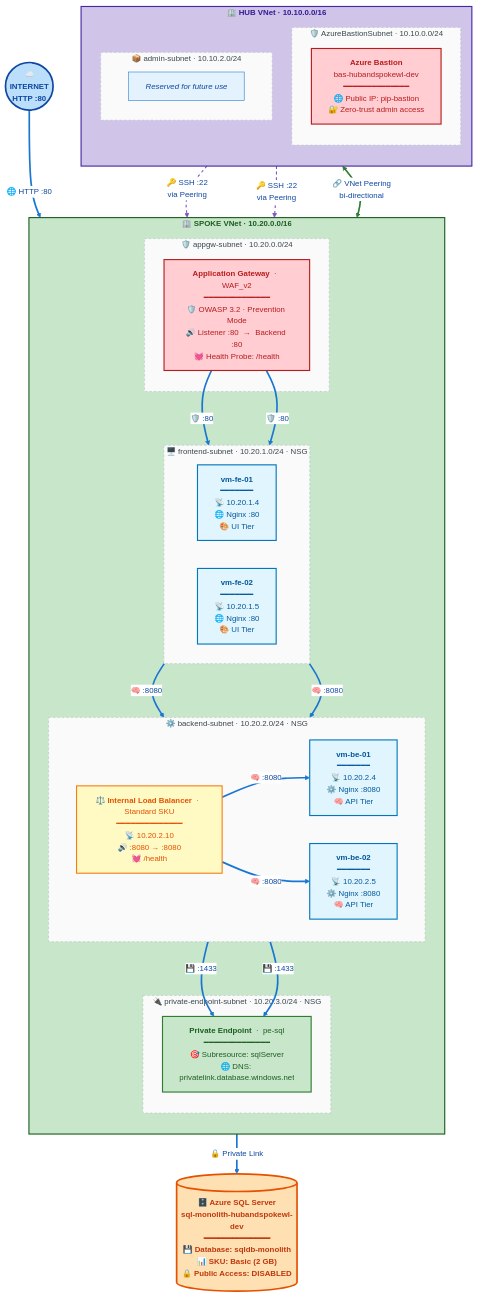
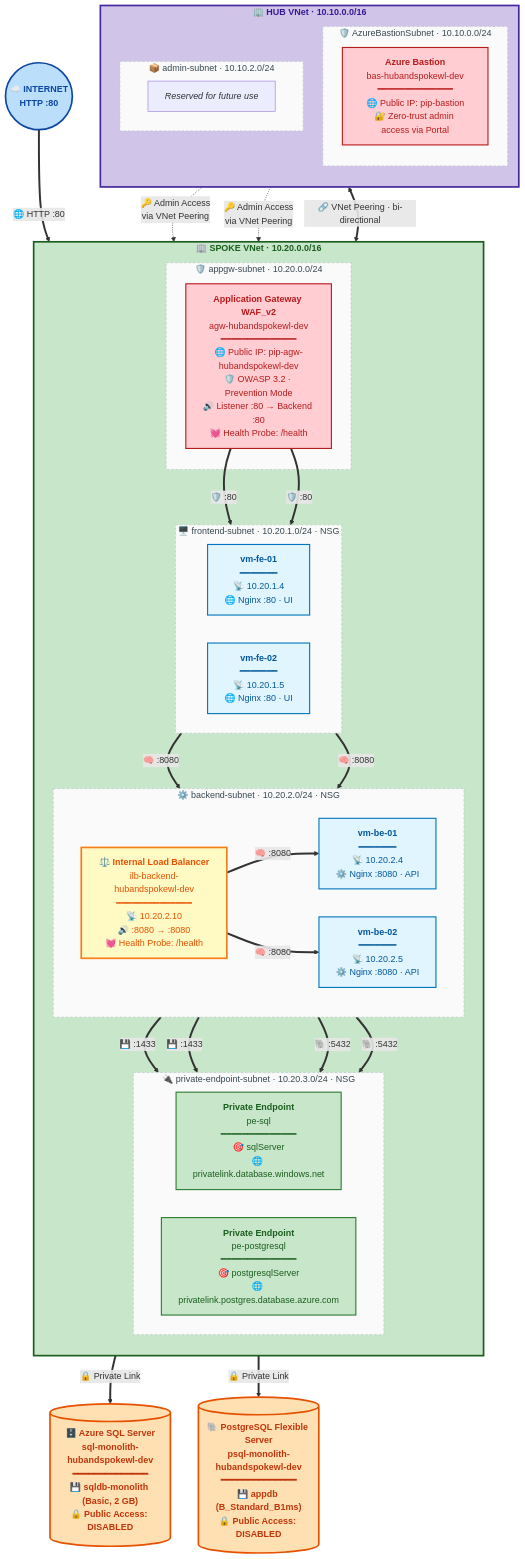
The first of 4 diagrams in README.md (tripathicle/Workload-Landing-Zone), drawn with Mermaid before and after one commit. The commit also changed other lines of this file, not shown here.

````diff
--- a/README.md
+++ b/README.md
@@ -97,78 +97,67 @@
 ```mermaid
-%%{init: {
-  'theme': 'base',
-  'themeVariables': {
-    'fontFamily': 'Segoe UI, Roboto, sans-serif',
-    'fontSize': '14px',
-    'background': '#ffffff',
-    'primaryColor': '#e3f2fd',
-    'primaryTextColor': '#0d47a1',
-    'primaryBorderColor': '#1976d2',
-    'lineColor': '#546e7a',
-    'secondaryColor': '#f1f8e9',
-    'tertiaryColor': '#fff8e1',
-    'clusterBkg': '#fafafa',
-    'clusterBorder': '#b0bec5',
-    'edgeLabelBackground': '#ffffff'
-  }
-}}%%
 flowchart TB
 
-    %% ══════════════════════════════════════════
+    %% ══════════════════════════════════════════════════════════════
     %% INTERNET
-    %% ══════════════════════════════════════════
-    Internet(("☁️<br/><b>INTERNET</b><br/>HTTP :80"))
+    %% ══════════════════════════════════════════════════════════════
+    Internet(("☁️ INTERNET<br/>HTTP :80"))
 
-    %% ══════════════════════════════════════════
-    %% HUB VNet
-    %% ══════════════════════════════════════════
-    subgraph HUB["🏢  <b>HUB VNet</b>  ·  10.10.0.0/16"]
+    %% ══════════════════════════════════════════════════════════════
+    %% HUB VNet — Shared Services
+    %% ══════════════════════════════════════════════════════════════
+    subgraph HUB["🏢 HUB VNet · 10.10.0.0/16"]
         direction TB
-        subgraph BASTION_SUB["🛡️  AzureBastionSubnet  ·  10.10.0.0/24"]
-            BASTION["<b>Azure Bastion</b><br/>bas-hubandspokewl-dev<br/>━━━━━━━━━━━━━━<br/>🌐 Public IP: pip-bastion<br/>🔐 Zero-trust admin access"]
+
+        subgraph BASTION_SUB["🛡️ AzureBastionSubnet · 10.10.0.0/24"]
+            BASTION["<b>Azure Bastion</b><br/>bas-hubandspokewl-dev<br/>━━━━━━━━━━━━━━<br/>🌐 Public IP: pip-bastion<br/>🔐 Zero-trust admin access via Portal"]
         end
-        subgraph ADMIN_SUB["📦  admin-subnet  ·  10.10.2.0/24"]
+
+        subgraph ADMIN_SUB["📦 admin-subnet · 10.10.2.0/24"]
             ADMIN["<i>Reserved for future use</i>"]
         end
     end
 
-    %% ══════════════════════════════════════════
-    %% SPOKE VNet
-    %% ══════════════════════════════════════════
-    subgraph SPOKE["🏢  <b>SPOKE VNet</b>  ·  10.20.0.0/16"]
+    %% ══════════════════════════════════════════════════════════════
+    %% SPOKE VNet — Application Workload
+    %% ══════════════════════════════════════════════════════════════
+    subgraph SPOKE["🏢 SPOKE VNet · 10.20.0.0/16"]
         direction TB
 
-        subgraph AGW_SUB["🛡️  appgw-subnet  ·  10.20.0.0/24"]
-            AGW["<b>Application Gateway</b>  ·  WAF_v2<br/>━━━━━━━━━━━━━━<br/>🛡️ OWASP 3.2 · Prevention Mode<br/>🔊 Listener :80  →  Backend :80<br/>💓 Health Probe: /health"]
+        subgraph AGW_SUB["🛡️ appgw-subnet · 10.20.0.0/24"]
+            AGW["<b>Application Gateway WAF_v2</b><br/>agw-hubandspokewl-dev<br/>━━━━━━━━━━━━━━<br/>🌐 Public IP: pip-agw-hubandspokewl-dev<br/>🛡️ OWASP 3.2 · Prevention Mode<br/>🔊 Listener :80 → Backend :80<br/>💓 Health Probe: /health"]
         end
 
-        subgraph FE_SUB["🖥️  frontend-subnet  ·  10.20.1.0/24  ·  NSG"]
+        subgraph FE_SUB["🖥️ frontend-subnet · 10.20.1.0/24 · NSG"]
             direction LR
-            FE1["<b>vm-fe-01</b><br/>━━━━━━━<br/>📡 10.20.1.4<br/>🌐 Nginx :80<br/>🎨 UI Tier"]
-            FE2["<b>vm-fe-02</b><br/>━━━━━━━<br/>📡 10.20.1.5<br/>🌐 Nginx :80<br/>🎨 UI Tier"]
+            FE1["<b>vm-fe-01</b><br/>━━━━━━━<br/>📡 10.20.1.4<br/>🌐 Nginx :80 · UI"]
+            FE2["<b>vm-fe-02</b><br/>━━━━━━━<br/>📡 10.20.1.5<br/>🌐 Nginx :80 · UI"]
         end
 
-        subgraph BE_SUB["⚙️  backend-subnet  ·  10.20.2.0/24  ·  NSG"]
+        subgraph BE_SUB["⚙️ backend-subnet · 10.20.2.0/24 · NSG"]
             direction TB
-            ILB["<b>⚖️ Internal Load Balancer</b>  ·  Standard SKU<br/>━━━━━━━━━━━━━━<br/>📡 10.20.2.10<br/>🔊 :8080 → :8080<br/>💓 /health"]
+            ILB["<b>⚖️ Internal Load Balancer</b><br/>ilb-backend-hubandspokewl-dev<br/>━━━━━━━━━━━━━━<br/>📡 10.20.2.10<br/>🔊 :8080 → :8080<br/>💓 Health Probe: /health"]
             direction LR
-            BE1["<b>vm-be-01</b><br/>━━━━━━━<br/>📡 10.20.2.4<br/>⚙️ Nginx :8080<br/>🧠 API Tier"]
-            BE2["<b>vm-be-02</b><br/>━━━━━━━<br/>📡 10.20.2.5<br/>⚙️ Nginx :8080<br/>🧠 API Tier"]
+            BE1["<b>vm-be-01</b><br/>━━━━━━━<br/>📡 10.20.2.4<br/>⚙️ Nginx :8080 · API"]
+            BE2["<b>vm-be-02</b><br/>━━━━━━━<br/>📡 10.20.2.5<br/>⚙️ Nginx :8080 · API"]
         end
 
-        subgraph PE_SUB["🔌  private-endpoint-subnet  ·  10.20.3.0/24  ·  NSG"]
-            PE["<b>Private Endpoint</b>  ·  pe-sql<br/>━━━━━━━━━━━━━━<br/>🎯 Subresource: sqlServer<br/>🌐 DNS: privatelink.database.windows.net"]
+        subgraph PE_SUB["🔌 private-endpoint-subnet · 10.20.3.0/24 · NSG"]
+            direction LR
+            PE_SQL["<b>Private Endpoint</b><br/>pe-sql<br/>━━━━━━━━━━━━━━<br/>🎯 sqlServer<br/>🌐 privatelink.database.windows.net"]
+            PE_PG["<b>Private Endpoint</b><br/>pe-postgresql<br/>━━━━━━━━━━━━━━<br/>🎯 postgresqlServer<br/>🌐 privatelink.postgres.database.azure.com"]
         end
     end
 
-    %% ══════════════════════════════════════════
+    %% ══════════════════════════════════════════════════════════════
     %% DATA TIER
-    %% ══════════════════════════════════════════
-    SQL[("<b>🗄️ Azure SQL Server</b><br/>sql-monolith-hubandspokewl-dev<br/>━━━━━━━━━━━━━━<br/>💾 Database: sqldb-monolith<br/>📊 SKU: Basic (2 GB)<br/>🔒 Public Access: <b>DISABLED</b>")]
+    %% ══════════════════════════════════════════════════════════════
+    SQL[("<b>🗄️ Azure SQL Server</b><br/>sql-monolith-hubandspokewl-dev<br/>━━━━━━━━━━━━━━<br/>💾 sqldb-monolith (Basic, 2 GB)<br/>🔒 Public Access: DISABLED")]
 
-    %% ══════════════════════════════════════════
+    PG[("<b>🐘 PostgreSQL Flexible Server</b><br/>psql-monolith-hubandspokewl-dev<br/>━━━━━━━━━━━━━━<br/>💾 appdb (B_Standard_B1ms)<br/>🔒 Public Access: DISABLED")]
+
+    %% ══════════════════════════════════════════════════════════════
     %% TRAFFIC FLOWS
-    %% ══════════════════════════════════════════
+    %% ══════════════════════════════════════════════════════════════
 
     Internet ==>|"🌐 HTTP :80"| AGW
     AGW ==>|"🛡️ :80"| FE1
@@ -177,41 +166,39 @@
     FE2 ==>|"🧠 :8080"| ILB
     ILB ==>|"🧠 :8080"| BE1
     ILB ==>|"🧠 :8080"| BE2
-    BE1 ==>|"💾 :1433"| PE
-    BE2 ==>|"💾 :1433"| PE
-    PE ==>|"🔒 Private Link"| SQL
-    BASTION -. "🔑 SSH :22<br/>via Peering" .-> FE1
-    BASTION -. "🔑 SSH :22<br/>via Peering" .-> BE1
-    HUB <==>|"🔗 VNet Peering<br/>bi-directional"| SPOKE
+    BE1 ==>|"💾 :1433"| PE_SQL
+    BE2 ==>|"💾 :1433"| PE_SQL
+    BE1 ==>|"🐘 :5432"| PE_PG
+    BE2 ==>|"🐘 :5432"| PE_PG
+    PE_SQL ==>|"🔒 Private Link"| SQL
+    PE_PG ==>|"🔒 Private Link"| PG
 
-    %% ══════════════════════════════════════════
-    %% STYLING — LIGHT PASTEL PALETTE
-    %% ══════════════════════════════════════════
+    BASTION -.->|"🔑 Admin Access<br/>via VNet Peering"| FE1
+    BASTION -.->|"🔑 Admin Access<br/>via VNet Peering"| BE1
+
+    HUB <==>|"🔗 VNet Peering · bi-directional"| SPOKE
+
+    %% ══════════════════════════════════════════════════════════════
+    %% STYLING
+    %% ══════════════════════════════════════════════════════════════
 
     classDef internetStyle fill:#bbdefb,stroke:#0d47a1,stroke-width:3px,color:#0d47a1,font-weight:bold
-    classDef hubStyle fill:#d1c4e9,stroke:#4527a0,stroke-width:2px,color:#311b92,font-weight:bold
-    classDef spokeStyle fill:#c8e6c9,stroke:#1b5e20,stroke-width:2px,color:#1b5e20,font-weight:bold
+    classDef hubStyle fill:#d1c4e9,stroke:#4527a0,stroke-width:3px,color:#311b92,font-weight:bold
+    classDef spokeStyle fill:#c8e6c9,stroke:#1b5e20,stroke-width:3px,color:#1b5e20,font-weight:bold
     classDef dataStyle fill:#ffe0b2,stroke:#e65100,stroke-width:3px,color:#bf360c,font-weight:bold
     classDef subnetStyle fill:#fafafa,stroke:#b0bec5,stroke-width:1px,stroke-dasharray: 4 4,color:#37474f
     classDef computeStyle fill:#e1f5fe,stroke:#0277bd,stroke-width:2px,color:#01579b
     classDef securityStyle fill:#ffcdd2,stroke:#b71c1c,stroke-width:2px,color:#b71c1c
-    classDef lbStyle fill:#fff9c4,stroke:#f57f17,stroke-width:2px,color:#e65100
+    classDef lbStyle fill:#fff9c4,stroke:#f57f17,stroke-width:3px,color:#e65100
     classDef peStyle fill:#c8e6c9,stroke:#2e7d32,stroke-width:2px,color:#1b5e20
 
     class Internet internetStyle
     class HUB hubStyle
     class SPOKE spokeStyle
-    class SQL dataStyle
+    class SQL,PG dataStyle
     class BASTION_SUB,ADMIN_SUB,AGW_SUB,FE_SUB,BE_SUB,PE_SUB subnetStyle
     class FE1,FE2,BE1,BE2 computeStyle
     class AGW,BASTION securityStyle
     class ILB lbStyle
-    class PE peStyle
-
-    %% ══════════════════════════════════════════
-    %% LINK STYLING
-    %% ══════════════════════════════════════════
-    linkStyle 0,1,2,3,4,5,6,7,8,9 stroke:#1976d2,stroke-width:3px,fill:none
-    linkStyle 10,11 stroke:#7e57c2,stroke-width:2px,stroke-dasharray: 5 5,fill:none
-    linkStyle 12 stroke:#2e7d32,stroke-width:3px,fill:none
+    class PE_SQL,PE_PG peStyle
 ```
````
